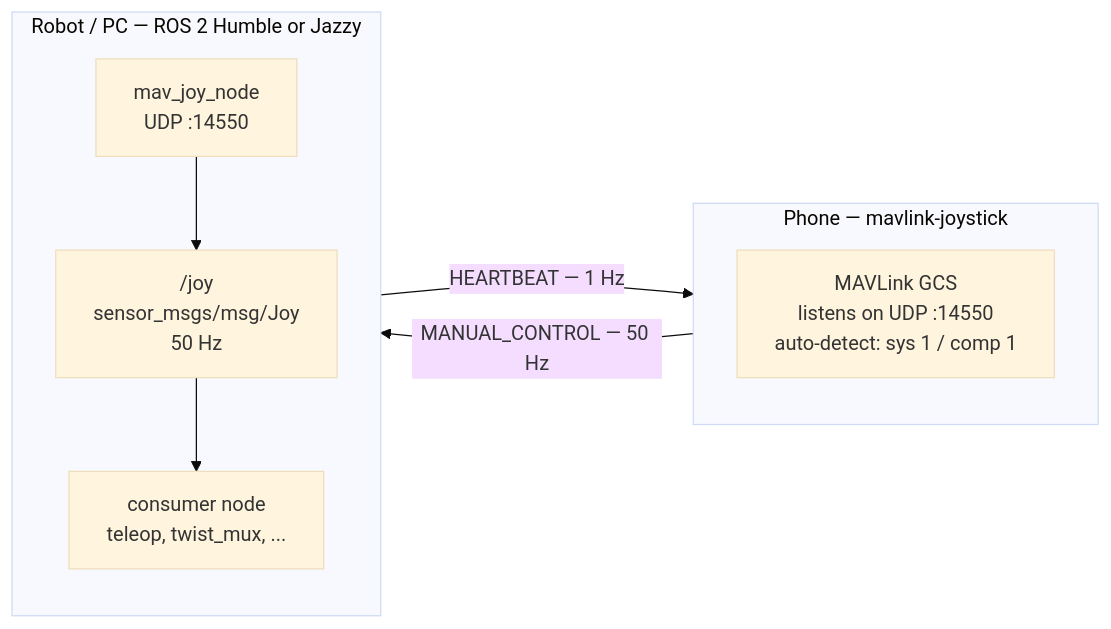
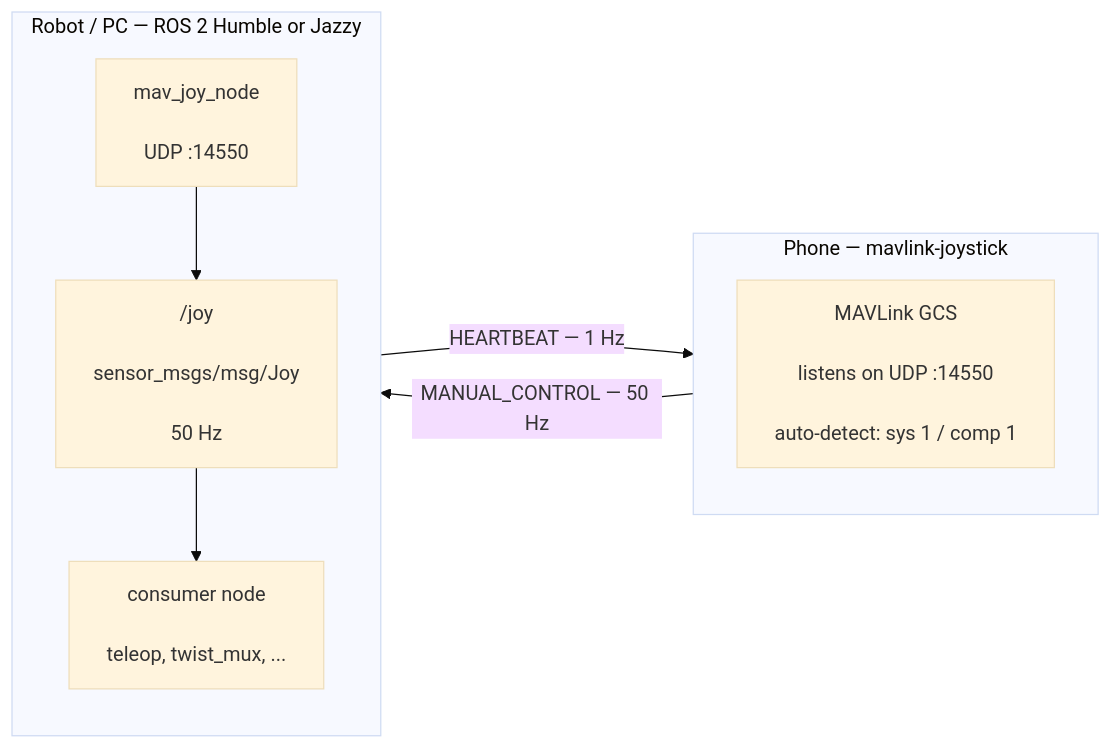
The diagram in README.md (goldarte/mavlink-joy-ros2), drawn with Mermaid (base theme) before and after one commit.

Commit message:
Increase line spacing

````diff
--- a/README.md
+++ b/README.md
@@ -5,18 +5,18 @@
 ```mermaid
 flowchart LR
     subgraph phone["Phone — mavlink-joystick"]
         direction TB
-        app["MAVLink GCS<br/>listens on UDP :14550<br/>auto-detect: sys 1 / comp 1"]
+        app["MAVLink GCS<br/><br/>listens on UDP :14550<br/><br/>auto-detect: sys 1 / comp 1"]
     end
 
     subgraph host["Robot / PC — ROS 2 Humble or Jazzy"]
         direction TB
-        node["mav_joy_node<br/>UDP :14550"]
-        joy["/joy<br/>sensor_msgs/msg/Joy<br/>50 Hz"]
-        consumer["consumer node<br/>teleop, twist_mux, ..."]
+        node["mav_joy_node<br/><br/>UDP :14550"]
+        joy["/joy<br/><br/>sensor_msgs/msg/Joy<br/><br/>50 Hz"]
+        consumer["consumer node<br/><br/>teleop, twist_mux, ..."]
         node --> joy --> consumer
     end
 
     app -- "MANUAL_CONTROL — 50 Hz" --> node
     node -- "HEARTBEAT — 1 Hz" --> app
 ```
````
